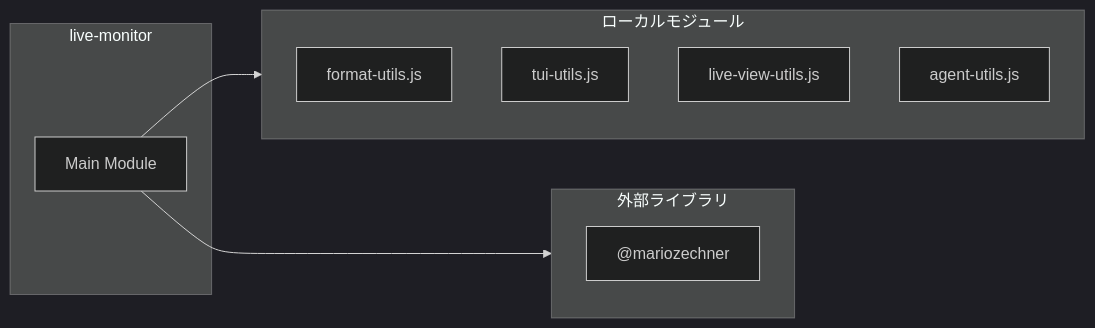
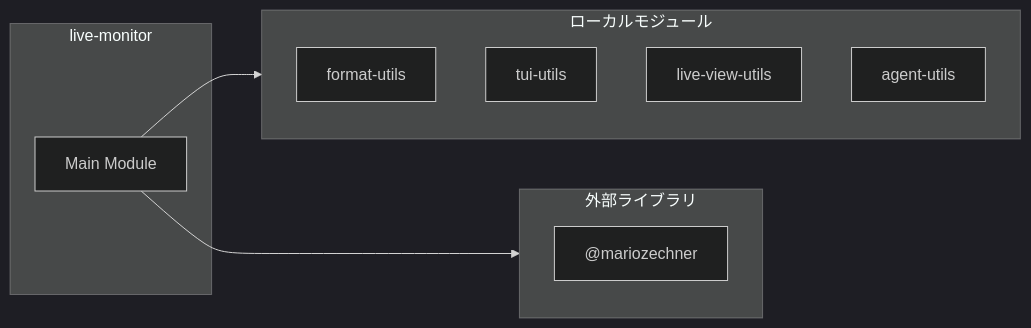
One commit to Mekann2904/mekann changed the first of 3 diagrams in ABDD/.pi/extensions/subagents/live-monitor.md. Above: the diagram before and after it, drawn with Mermaid (dark theme). The commit also changed other lines of this file and 174 other files, not shown here.

First line of the commit message:
fix(docs): ABDDのMermaid図生成エラーを修正する

````diff
--- a/ABDD/.pi/extensions/subagents/live-monitor.md
+++ b/ABDD/.pi/extensions/subagents/live-monitor.md
@@ -38,18 +38,18 @@
 ```mermaid
 flowchart LR
   subgraph this[live-monitor]
     main[Main Module]
   end
   subgraph local[ローカルモジュール]
-    format_utils_js["format-utils.js"]
-    tui_utils_js["tui-utils.js"]
-    live_view_utils_js["live-view-utils.js"]
-    agent_utils_js["agent-utils.js"]
-    live_view_utils_js["live-view-utils.js"]
+    format_utils["format-utils"]
+    tui_utils["tui-utils"]
+    live_view_utils["live-view-utils"]
+    agent_utils["agent-utils"]
+    live_view_utils["live-view-utils"]
   end
   main --> local
   subgraph external[外部ライブラリ]
     _mariozechner["@mariozechner"]
   end
   main --> external
 ```
````
